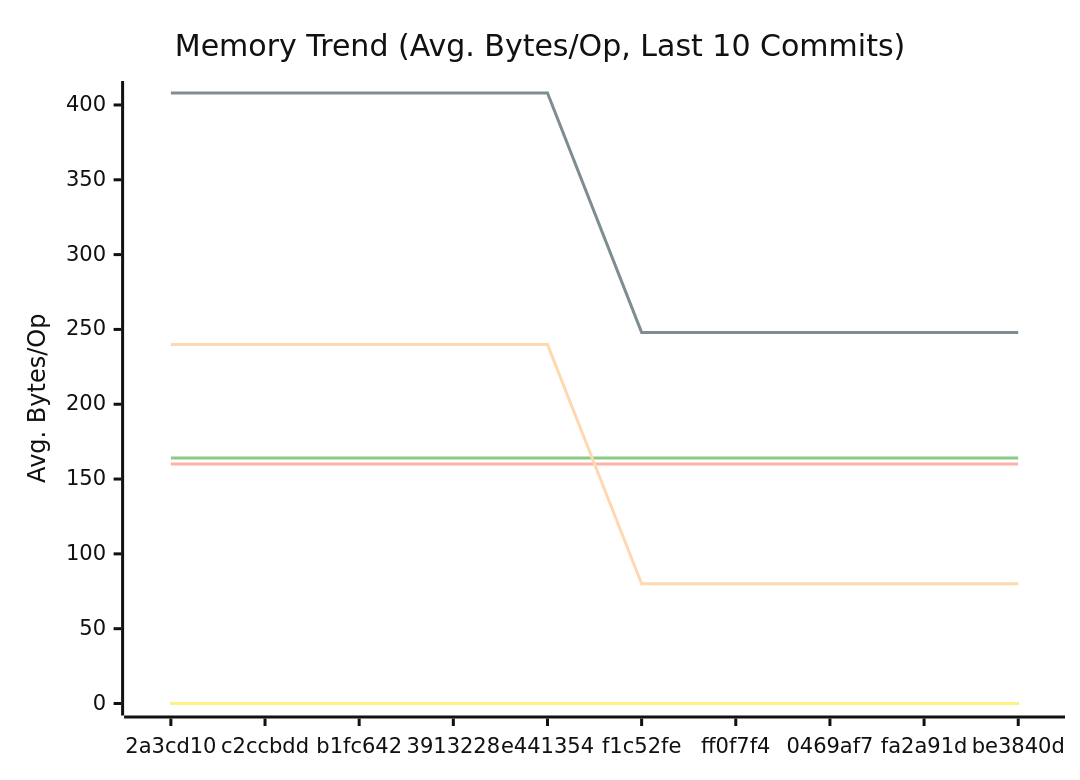
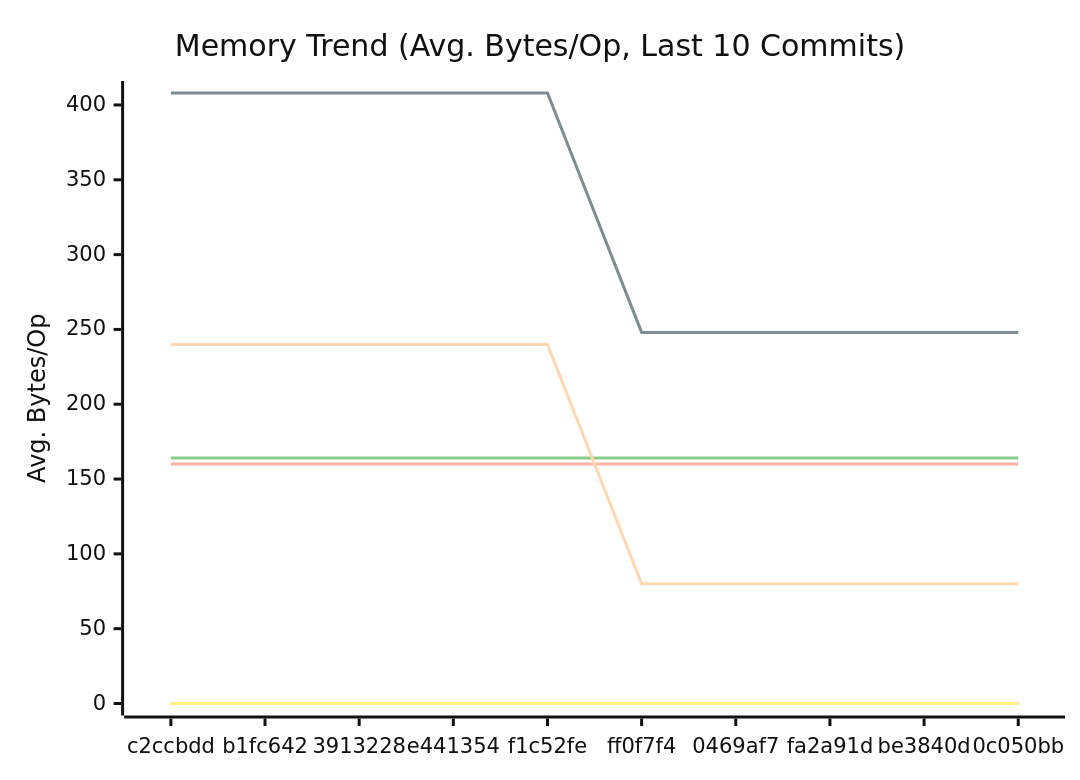
The second of 3 diagrams in docs/PERFORMANCE.md (alsotoes/momo), drawn with Mermaid (neutral theme) before and after one commit. The commit also changed other lines of this file and 3 other files, not shown here.

````diff
--- a/docs/PERFORMANCE.md
+++ b/docs/PERFORMANCE.md
@@ -97,16 +97,16 @@
 ```mermaid
 xychart-beta
     title "Memory Trend (Avg. Bytes/Op, Last 10 Commits)"
     x-axis "Commit"
     y-axis "Avg. Bytes/Op"
-    x-axis [2a3cd10,c2ccbdd,b1fc642,3913228,e441354,f1c52fe,ff0f7f4,0469af7,fa2a91d,be3840d]
+    x-axis [c2ccbdd,b1fc642,3913228,e441354,f1c52fe,ff0f7f4,0469af7,fa2a91d,be3840d,0c050bb]
     line "CheckMetricsAndSwap" [0,0,0,0,0,0,0,0,0,0]
     line "CrushOptimized" [0,0,0,0,0,0,0,0,0,0]
     line "CrushOriginal" [164,164,164,164,164,164,164,164,164,164]
     line "IndexDirectTracking" [0,0,0,0,0,0,0,0,0,0]
     line "IndexSearch" [0,0,0,0,0,0,0,0,0,0]
     line "LoadGlobalConfig" [160,160,160,160,160,160,160,160,160,160]
     line "PadString" [0,0,0,0,0,0,0,0,0,0]
     line "ParseReplicationOrder_NoPrealloc" [408,408,408,408,408,248,248,248,248,248]
     line "ParseReplicationOrder_Prealloc" [240,240,240,240,240,80,80,80,80,80]
 ```
````
